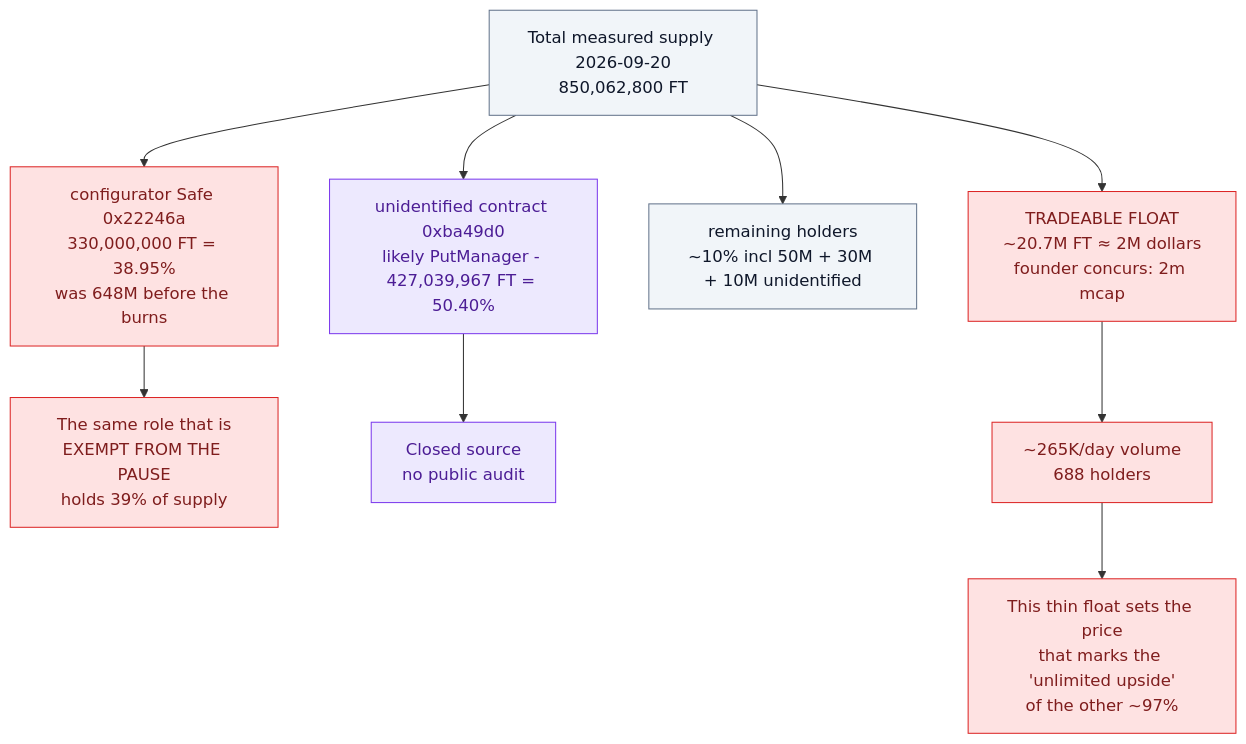
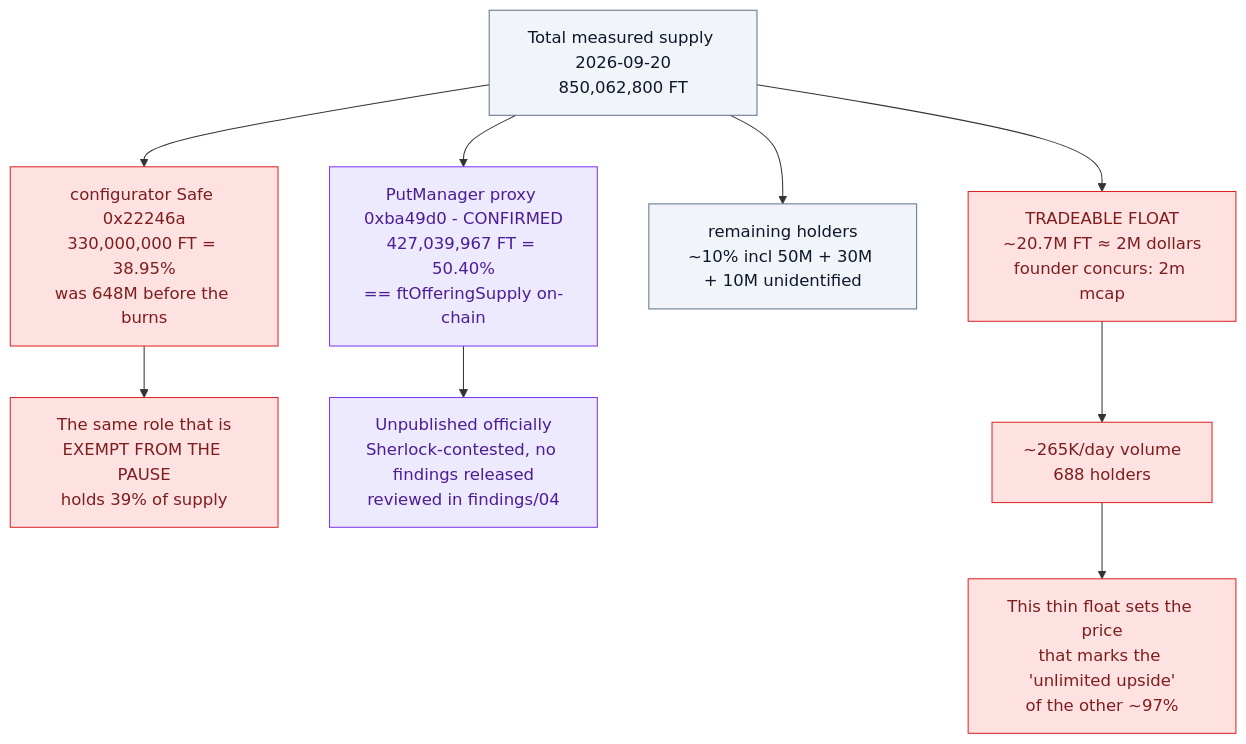
One commit to m0n3r0/flying-tulip-audit changed the second of 4 diagrams in research/02-onchain-facts.md. Above: the diagram before and after it, drawn with Mermaid. The commit also changed other lines of this file and 111 other files, not shown here.

````diff
--- a/research/02-onchain-facts.md
+++ b/research/02-onchain-facts.md
@@ -107,23 +107,23 @@
 ```mermaid
 flowchart TB
     SUP["Total measured supply 2026-09-20<br/>850,062,800 FT"]
 
     SUP --> CFG["configurator Safe 0x22246a<br/>330,000,000 FT = 38.95%<br/>was 648M before the burns"]
-    SUP --> PM["unidentified contract 0xba49d0<br/>likely PutManager - 427,039,967 FT = 50.40%"]
+    SUP --> PM["PutManager proxy 0xba49d0 - CONFIRMED<br/>427,039,967 FT = 50.40%<br/>== ftOfferingSupply on-chain"]
     SUP --> REST["remaining holders<br/>~10% incl 50M + 30M + 10M unidentified"]
     SUP --> FLOAT["TRADEABLE FLOAT<br/>~20.7M FT ≈ 2M dollars<br/>founder concurs: 2m mcap"]
 
     CFG --> CFG_N["The same role that is<br/>EXEMPT FROM THE PAUSE<br/>holds 39% of supply"]
-    PM --> PM_N["Closed source<br/>no public audit"]
+    PM --> PM_N["Unpublished officially<br/>Sherlock-contested, no findings released<br/>reviewed in findings/04"]
     FLOAT --> FLOAT_N["~265K/day volume<br/>688 holders"]
 
     FLOAT_N --> PRICE["This thin float sets the price<br/>that marks the 'unlimited upside'<br/>of the other ~97%"]
 
     classDef warn fill:#fef3c7,stroke:#d97706,color:#78350f
     classDef bad fill:#fee2e2,stroke:#dc2626,color:#7f1d1d
     classDef neutral fill:#f1f5f9,stroke:#64748b,color:#0f172a
     classDef closed fill:#ede9fe,stroke:#7c3aed,color:#4c1d95
     class SUP,REST neutral
     class CFG,CFG_N,FLOAT,FLOAT_N,PRICE bad
     class PM,PM_N closed
 ```
````
